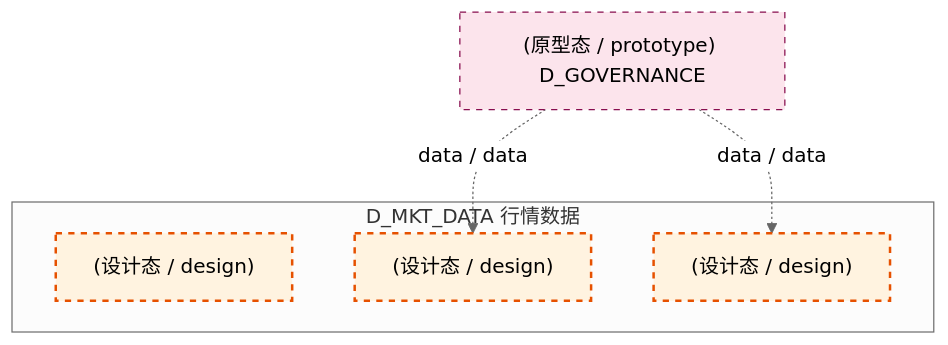
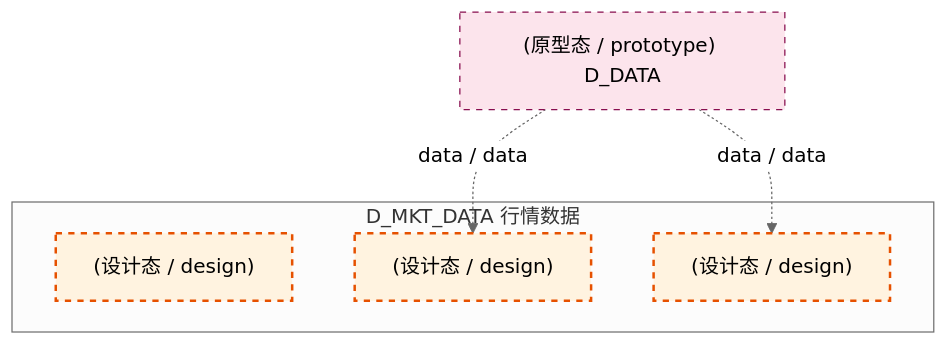
One commit to xuanFelixVan/ZephyrAlpha changed the second of 4 diagrams in docs/02_enterprise_architecture/02_domain_architecture_docs/18_d_mkt_data.md. Above: the diagram before and after it, drawn with Mermaid (neutral theme). The commit also changed other lines of this file and 112 other files, not shown here.

````diff
--- a/docs/02_enterprise_architecture/02_domain_architecture_docs/18_d_mkt_data.md
+++ b/docs/02_enterprise_architecture/02_domain_architecture_docs/18_d_mkt_data.md
@@ -108,17 +110,17 @@
 ```mermaid
 graph TD
     subgraph D_MKT_DATA["D_MKT_DATA 行情数据"]
         docs_03_modules_cross_layer_database_sub_blueprints_c1_market_clickhouse_md["(设计态 / design) "]
         docs_03_modules_domain_data_data_acquisition_plan_md["(设计态 / design) "]
         docs_03_modules_domain_data_data_source_operation_manual_md["(设计态 / design) "]
     end
-    D_GOVERNANCE["(原型态 / prototype) D_GOVERNANCE"]
-    D_GOVERNANCE -.->|data / data| docs_03_modules_domain_data_data_source_operation_manual_md
-    D_GOVERNANCE -.->|data / data| docs_03_modules_domain_data_data_acquisition_plan_md
+    D_DATA["(原型态 / prototype) D_DATA"]
+    D_DATA -.->|data / data| docs_03_modules_domain_data_data_source_operation_manual_md
+    D_DATA -.->|data / data| docs_03_modules_domain_data_data_acquisition_plan_md
     classDef production fill:#e1f5fe,stroke:#01579b,stroke-width:2px,color:#000
     classDef design fill:#fff3e0,stroke:#e65100,stroke-width:2px,color:#000,stroke-dasharray: 5 5
     classDef external_prod fill:#e8f5e9,stroke:#1b5e20,stroke-width:1px,color:#000
     classDef external_design fill:#fce4ec,stroke:#880e4f,stroke-width:1px,color:#000,stroke-dasharray: 5 5
     class docs_03_modules_cross_layer_database_sub_blueprints_c1_market_clickhouse_md,docs_03_modules_domain_data_data_acquisition_plan_md,docs_03_modules_domain_data_data_source_operation_manual_md design
-    class D_GOVERNANCE external_design
+    class D_DATA external_design
 ```
````
